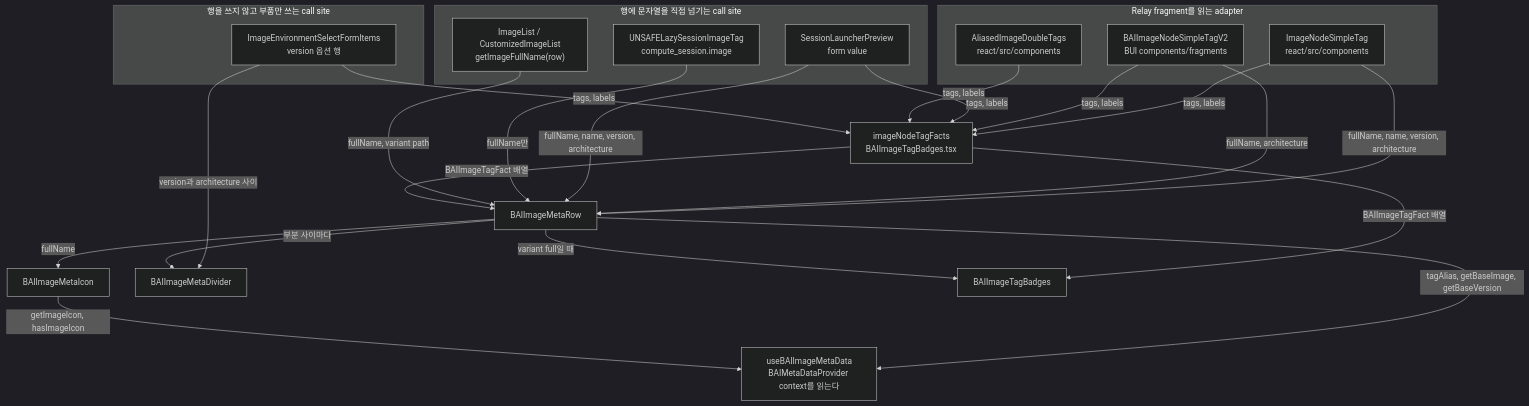
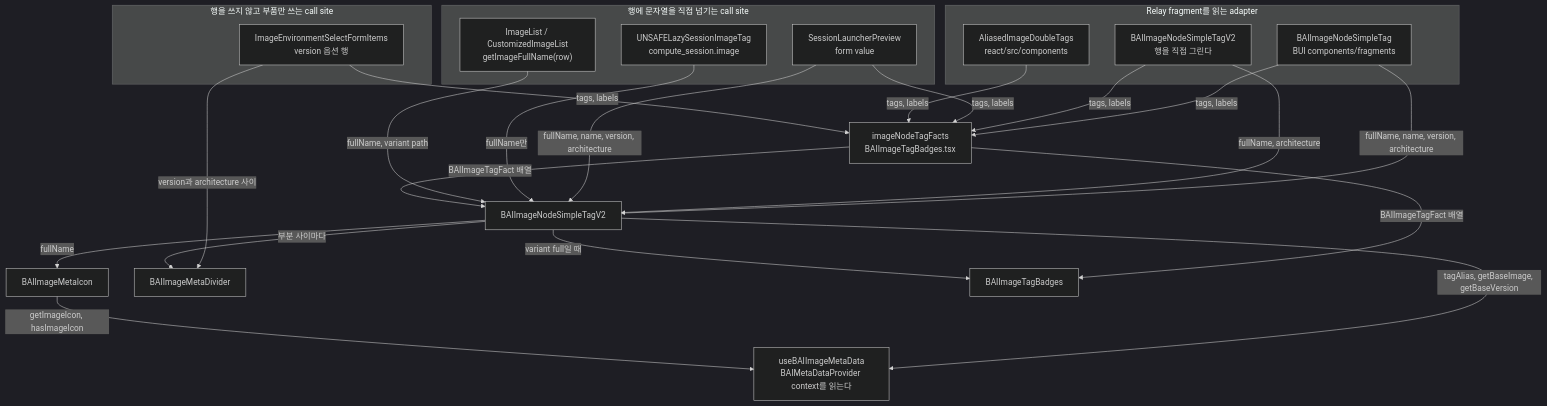
Before and after one commit to lablup/backend.ai-webui: the diagram in docs/adr/0004-container-image-meta-row.md, drawn with Mermaid (dark theme). The commit also changed other lines of this file and 13 other files, not shown here.

````diff
--- a/docs/adr/0004-container-image-meta-row.md
+++ b/docs/adr/0004-container-image-meta-row.md
@@ -36,41 +36,41 @@
 ```mermaid
 flowchart TB
   subgraph schema["Relay fragment를 읽는 adapter"]
-    v1["ImageNodeSimpleTag<br/>react/src/components"]
-    v2["BAIImageNodeSimpleTagV2<br/>BUI components/fragments"]
+    v1["BAIImageNodeSimpleTag<br/>BUI components/fragments"]
+    v2["BAIImageNodeSimpleTagV2<br/>행을 직접 그린다"]
     tagsOnly["AliasedImageDoubleTags<br/>react/src/components"]
   end
   subgraph plain["행에 문자열을 직접 넘기는 call site"]
     launcher["SessionLauncherPreview<br/>form value"]
     lazy["UNSAFELazySessionImageTag<br/>compute_session.image"]
     lists["ImageList / CustomizedImageList<br/>getImageFullName(row)"]
   end
   subgraph rowless["행을 쓰지 않고 부품만 쓰는 call site"]
     envSelect["ImageEnvironmentSelectFormItems<br/>version 옵션 행"]
   end
   facts["imageNodeTagFacts<br/>BAIImageTagBadges.tsx"]
-  row["BAIImageMetaRow"]
+  row["BAIImageNodeSimpleTagV2"]
   icon["BAIImageMetaIcon"]
   divider["BAIImageMetaDivider"]
   badges["BAIImageTagBadges"]
   meta["useBAIImageMetaData<br/>BAIMetaDataProvider context를 읽는다"]
 
   v1 -- "fullName, name, version, architecture" --> row
   v2 -- "fullName, architecture" --> row
   launcher -- "fullName, name, version, architecture" --> row
   lazy -- "fullName만" --> row
   lists -- "fullName, variant path" --> row
   v1 -- "tags, labels" --> facts
   v2 -- "tags, labels" --> facts
   launcher -- "tags, labels" --> facts
   tagsOnly -- "tags, labels" --> facts
   envSelect -- "tags, labels" --> facts
   facts -- "BAIImageTagFact 배열" --> row
   facts -- "BAIImageTagFact 배열" --> badges
   envSelect -- "version과 architecture 사이" --> divider
   row -- "fullName" --> icon
   row -- "부분 사이마다" --> divider
   row -- "variant full일 때" --> badges
   row -- "tagAlias, getBaseImage, getBaseVersion" --> meta
   icon -- "getImageIcon, hasImageIcon" --> meta
 ```
````
